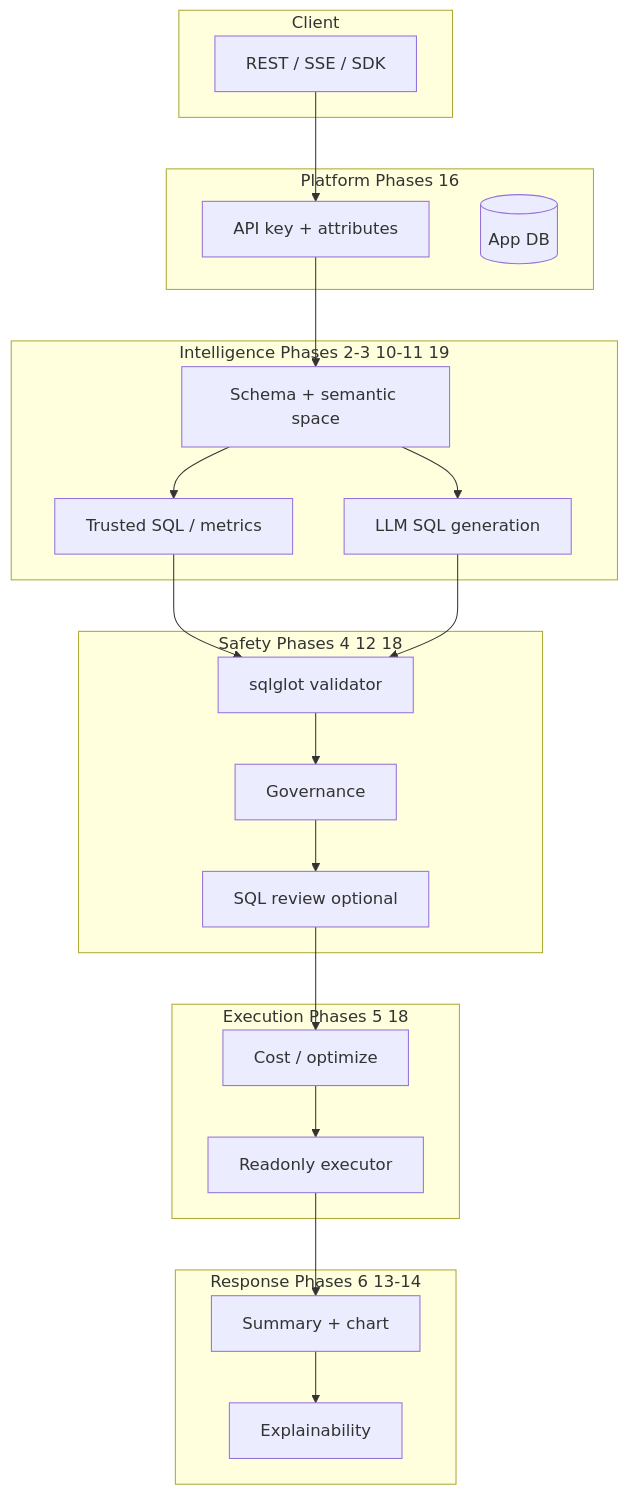
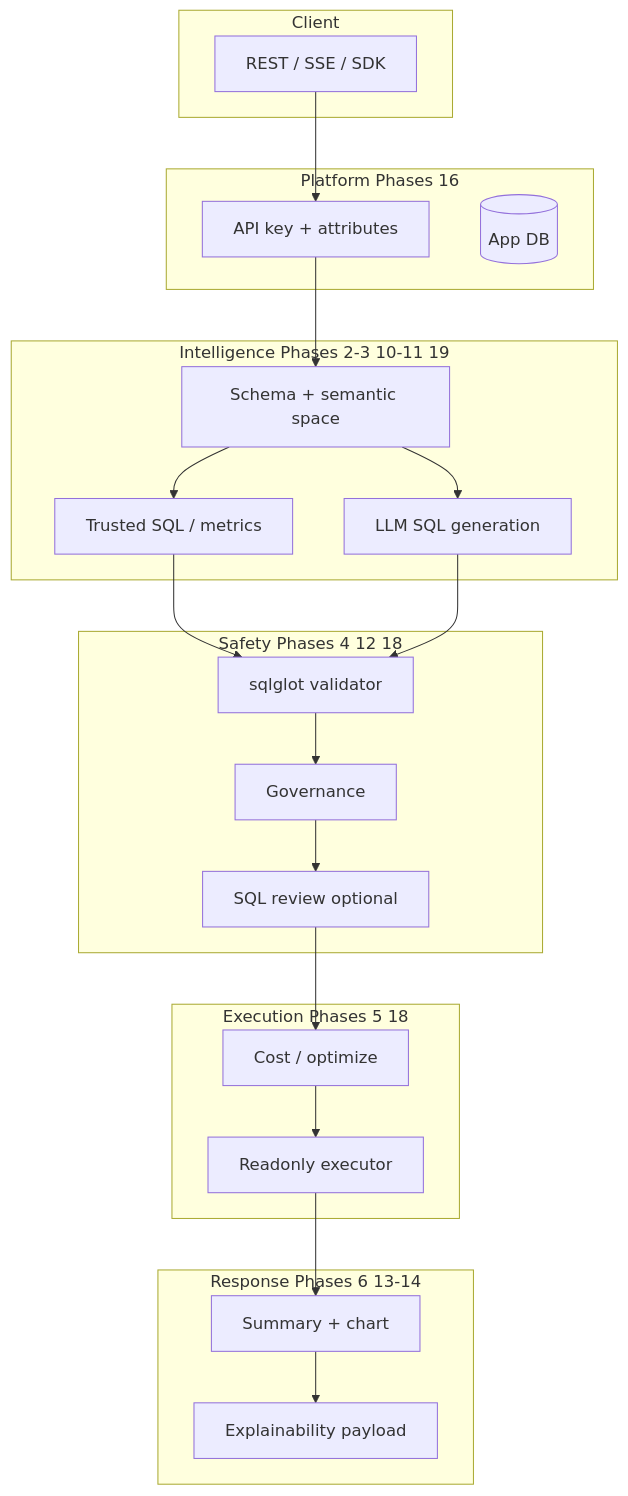
Before and after one commit to behzad-njf/InsightAI: the diagram in FUTURE_PHASES.md, drawn with Mermaid. The commit also changed other lines of this file and 45 other files, not shown here.

Commit message:
Add Phase 13 explainability and django-db-schema-doc schema pipeline. Load schema from export_schema_json or DATABASE.md with a generic context builder; expose explainability on ask/chat; document django-db-schema-doc export workflow in README and FUTURE_PHASES.

````diff
--- a/FUTURE_PHASES.md
+++ b/FUTURE_PHASES.md
@@ -71,35 +71,35 @@
 ```mermaid
 flowchart TB
     subgraph client [Client]
         API[REST / SSE / SDK]
     end
     subgraph platform [Platform Phases 16]
         AUTH[API key + attributes]
         APPDB[(App DB)]
     end
     subgraph intelligence [Intelligence Phases 2-3 10-11 19]
         CTX[Schema + semantic space]
         TR[Trusted SQL / metrics]
         LLM[LLM SQL generation]
     end
     subgraph safety [Safety Phases 4 12 18]
         VAL[sqlglot validator]
         GOV[Governance]
         REV[SQL review optional]
     end
     subgraph execution [Execution Phases 5 18]
         COST[Cost / optimize]
         EXE[Readonly executor]
     end
     subgraph response [Response Phases 6 13-14]
         SUM[Summary + chart]
-        EXP[Explainability]
+        EXP[Explainability payload]
     end
     API --> AUTH
     AUTH --> CTX
     CTX --> TR
     CTX --> LLM
     TR --> VAL
     LLM --> VAL
     VAL --> GOV --> REV --> COST --> EXE --> SUM --> EXP
 ```
````
